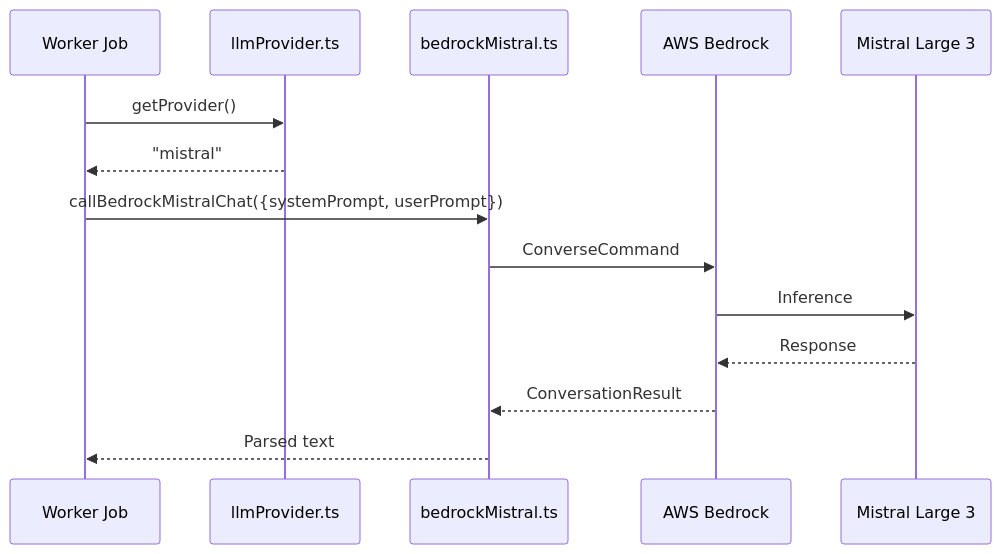
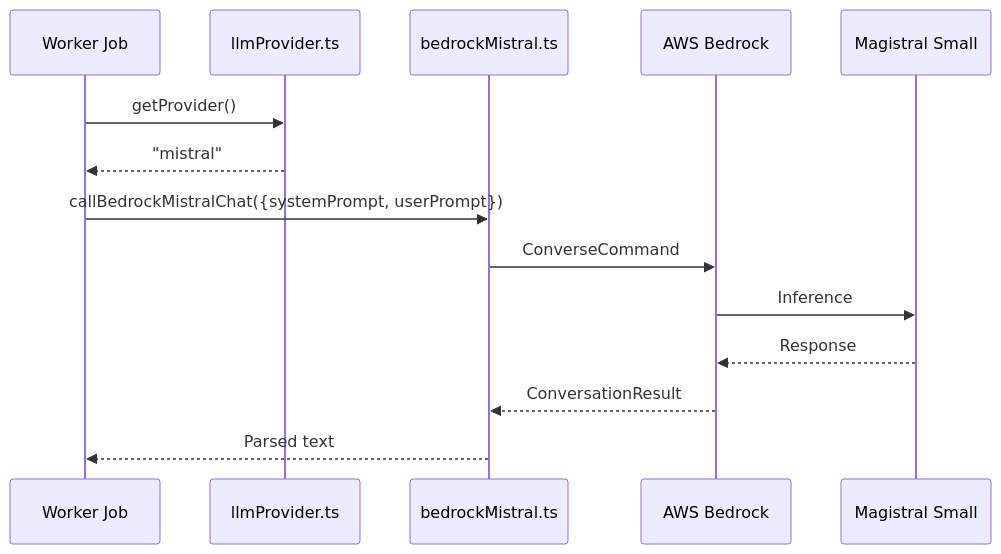
Before and after one commit to Hamza-Rivon/webl-hackathon: the second of 2 diagrams in apps/workers/OVERVIEW.md, drawn with Mermaid. The commit also changed other lines of this file and 82 other files, not shown here.

Commit message:
Update architecture documentation to reflect changes in AI model usages. Introduce PITCH.md for project overview and objectives, detailing the AI video editing platform's capabilities and workflow.

````diff
--- a/apps/workers/OVERVIEW.md
+++ b/apps/workers/OVERVIEW.md
@@ -81,17 +81,17 @@
 ```mermaid
 sequenceDiagram
     participant Job as Worker Job
     participant LP as llmProvider.ts
     participant BM as bedrockMistral.ts
     participant AWS as AWS Bedrock
-    participant ML3 as Mistral Large 3
+    participant ML3 as Magistral Small
 
     Job->>LP: getProvider()
     LP-->>Job: "mistral"
     Job->>BM: callBedrockMistralChat({systemPrompt, userPrompt})
     BM->>AWS: ConverseCommand
     AWS->>ML3: Inference
     ML3-->>AWS: Response
     AWS-->>BM: ConversationResult
     BM-->>Job: Parsed text
 ```
````
